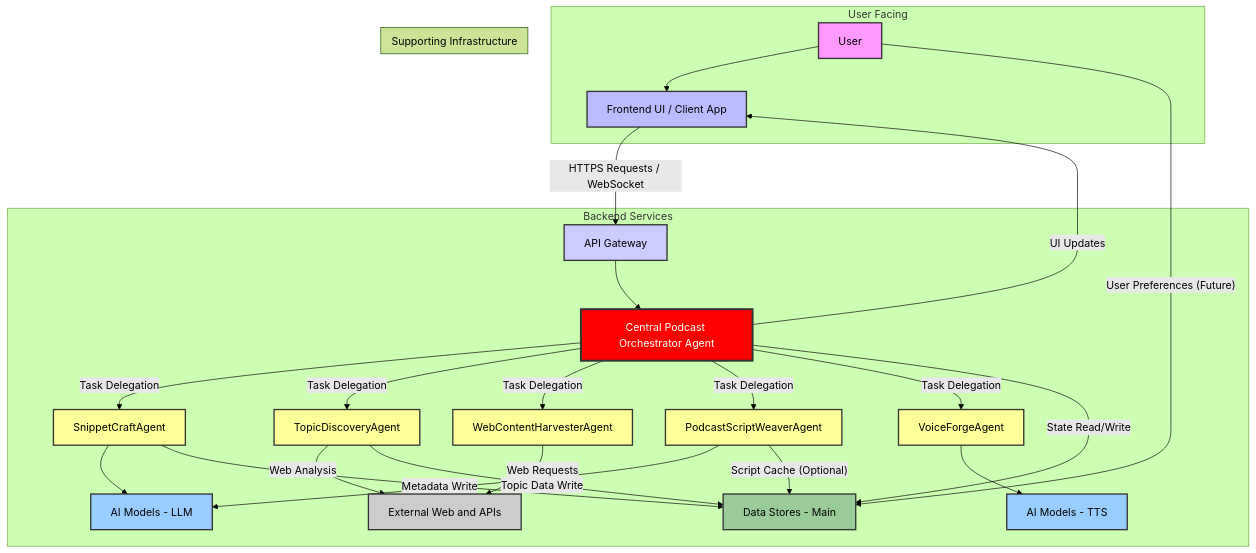
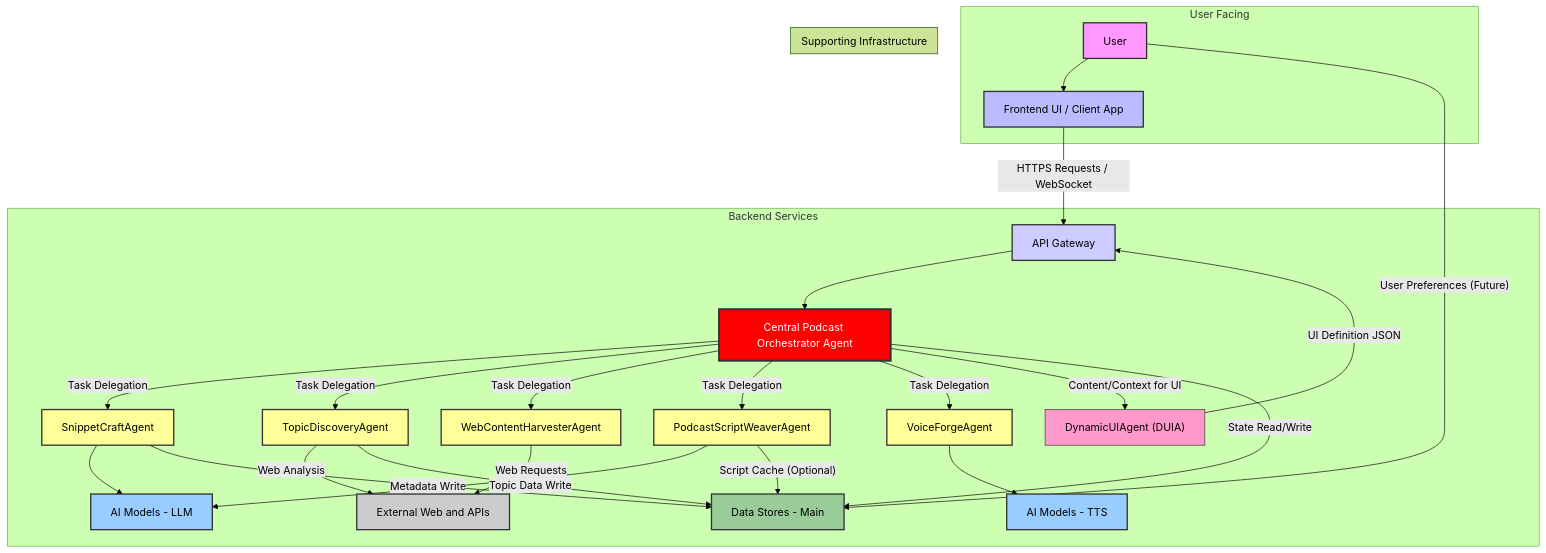
Before and after one commit to psreek-ai/AIFirstPodcastApp: the diagram in docs/architecture/System_Architecture.md, drawn with Mermaid (forest theme). The commit also changed other lines of this file and 5 other files, not shown here.

````diff
--- a/docs/architecture/System_Architecture.md
+++ b/docs/architecture/System_Architecture.md
@@ -14,69 +14,74 @@
 ```mermaid
 graph TD
     %% Node Definitions - Using double quotes for all labels for robustness
     User["User"]
     FEND["Frontend UI / Client App"]
     APIGW["API Gateway"]
     CPOA["Central Podcast Orchestrator Agent"]
     SCA["SnippetCraftAgent"]
     TDA["TopicDiscoveryAgent"]
     WCHA["WebContentHarvesterAgent"]
     PSWA["PodcastScriptWeaverAgent"]
     VFA["VoiceForgeAgent"]
+    DUIA["DynamicUIAgent (DUIA)"]
     AIMS["AI Models - LLM"]
     AIMS_TTS["AI Models - TTS"]
     Internet["External Web and APIs"]
     DS["Data Stores - Main"]
 
     %% Subgraphs and Connections - Using quoted edge labels
     subgraph User Facing
         User --> FEND
     end
 
     subgraph Backend Services
         FEND -- "HTTPS Requests / WebSocket" --> APIGW
         APIGW --> CPOA
 
         CPOA -- "Task Delegation" --> SCA
         CPOA -- "Task Delegation" --> TDA
         CPOA -- "Task Delegation" --> WCHA
         CPOA -- "Task Delegation" --> PSWA
         CPOA -- "Task Delegation" --> VFA
-        CPOA -- "UI Updates" --> FEND
+
+        CPOA -- "Content/Context for UI" --> DUIA
+        DUIA -- "UI Definition JSON" --> APIGW
+        %% APIGW then sends UI Definition to FEND
 
         SCA --> AIMS
         PSWA --> AIMS
         VFA --> AIMS_TTS
 
         WCHA -- "Web Requests" --> Internet
         TDA -- "Web Analysis" --> Internet
 
         CPOA -- "State Read/Write" --> DS
         SCA -- "Metadata Write" --> DS
         TDA -- "Topic Data Write" --> DS
         PSWA -- "Script Cache (Optional)" --> DS
         User -- "User Preferences (Future)" --> DS
     end
 
     subgraph Supporting Infrastructure
         AIMS
         AIMS_TTS
         DS
         Internet
     end
 
     %% Styling
     style User fill:#f9f,stroke:#333,stroke-width:2px
     style FEND fill:#bbf,stroke:#333,stroke-width:2px
     style APIGW fill:#ccf,stroke:#333,stroke-width:2px
     style CPOA fill:#f00,stroke:#333,stroke-width:3px,color:#fff
     style SCA fill:#ff9,stroke:#333,stroke-width:2px
     style TDA fill:#ff9,stroke:#333,stroke-width:2px
     style WCHA fill:#ff9,stroke:#333,stroke-width:2px
     style PSWA fill:#ff9,stroke:#333,stroke-width:2px
     style VFA fill:#ff9,stroke:#333,stroke-width:2px
+    style DUIA fill:#f9c,stroke:#333,stroke-width:2px %% Style for DUIA
     style AIMS fill:#9cf,stroke:#333,stroke-width:2px
     style AIMS_TTS fill:#9cf,stroke:#333,stroke-width:2px
     style DS fill:#9c9,stroke:#333,stroke-width:2px
     style Internet fill:#ccc,stroke:#333,stroke-width:2px
 ```
````
